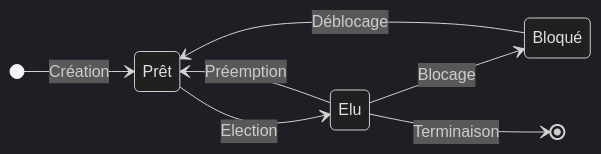
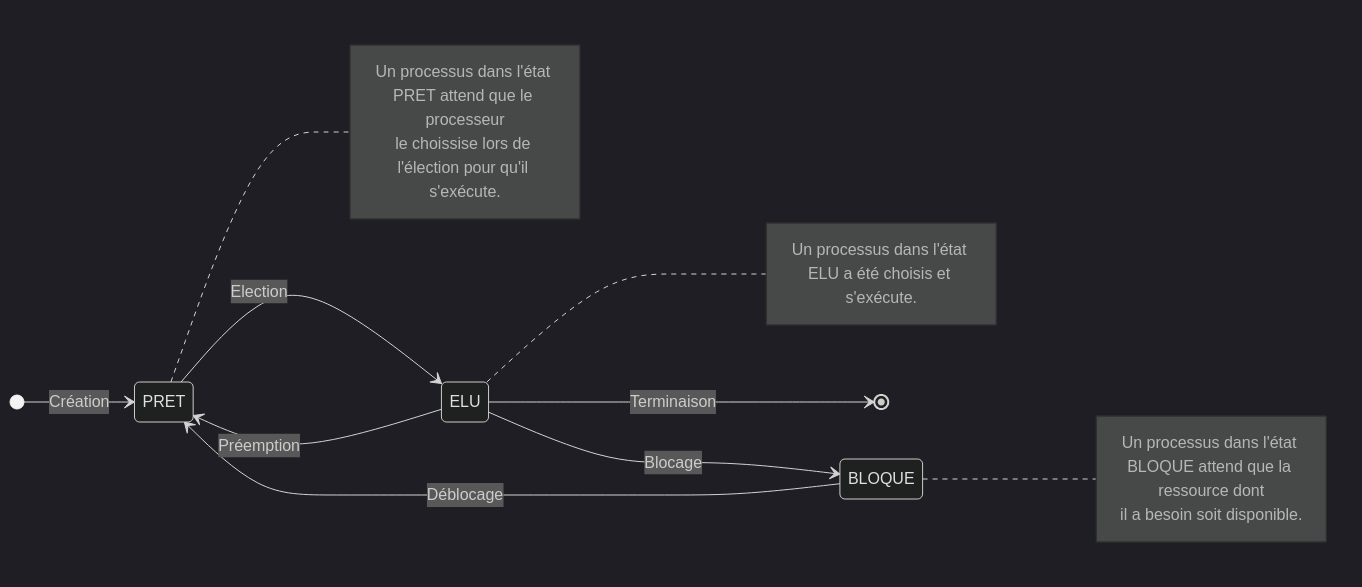
The diagram in terminale/Architecture des machines/Gestion_des_processus_et_des_ressources.md (boddaert/nsi), drawn with Mermaid (dark theme) before and after one commit. The commit also changed other lines of this file, not shown here.

````diff
--- a/terminale/Architecture des machines/Gestion_des_processus_et_des_ressources.md
+++ b/terminale/Architecture des machines/Gestion_des_processus_et_des_ressources.md
@@ -33,10 +33,24 @@
 ```mermaid
 stateDiagram-v2
     direction LR
-    [*] --> Prêt : Création
-    Prêt --> Elu : Election
-    Elu --> Prêt : Préemption
-    Elu --> Bloqué : Blocage
-    Elu --> [*] : Terminaison
-    Bloqué --> Prêt : Déblocage
+    A : PRET
+    note right of A
+        Un processus dans l'état PRET attend que le processeur
+        le choissise lors de l'élection pour qu'il s'exécute.
+    end note
+    B : ELU
+    note right of B
+        Un processus dans l'état ELU a été choisis et s'exécute.
+    end note
+    C : BLOQUE
+    note right of C
+        Un processus dans l'état BLOQUE attend que la ressource dont
+        il a besoin soit disponible.
+    end note
+    [*] --> A : Création
+    A --> B : Election
+    B --> A : Préemption
+    B --> C : Blocage
+    B --> [*] : Terminaison
+    C --> A : Déblocage
 ```
````
